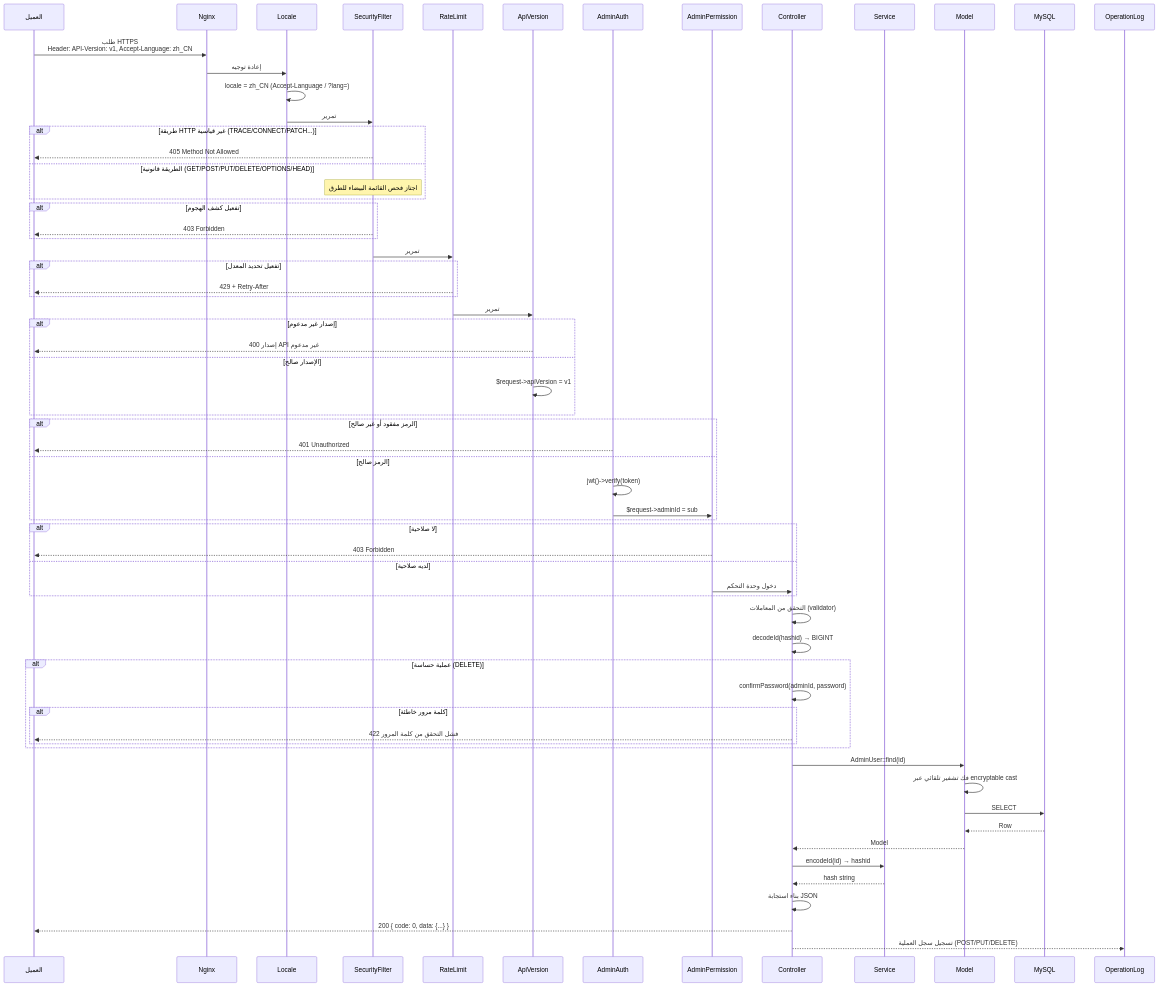
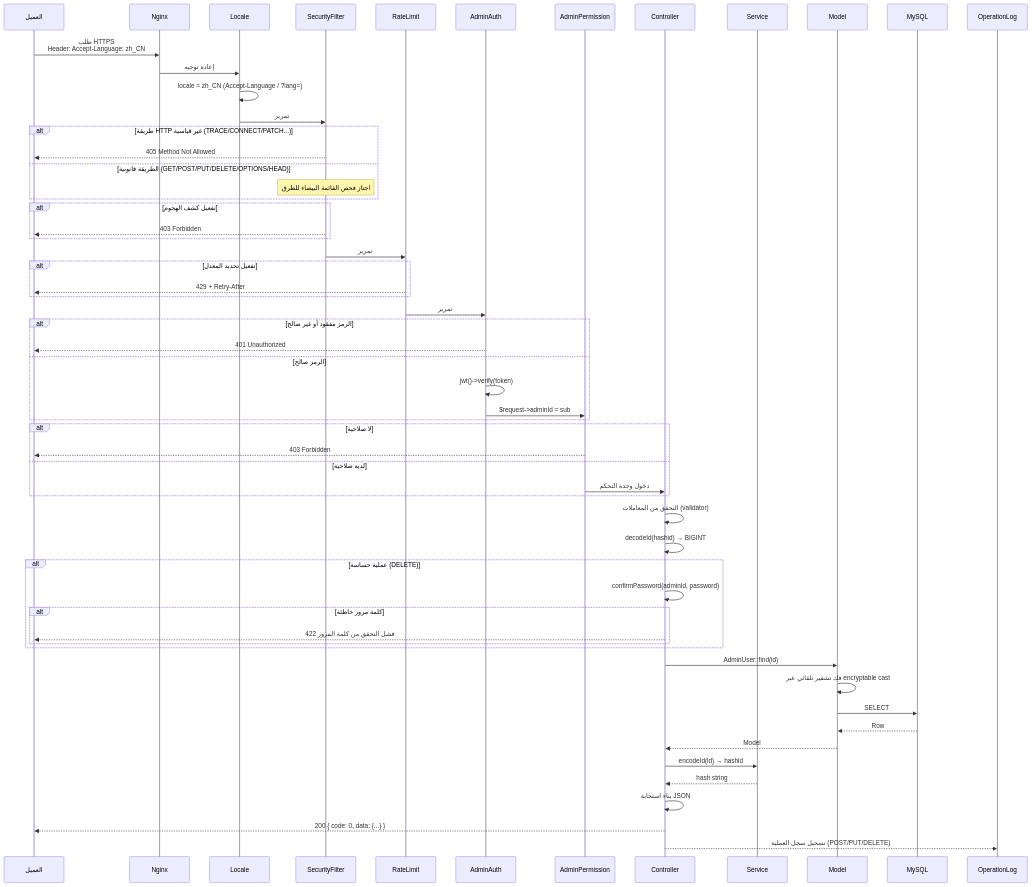
Before and after one commit to erikwang2013/integrated-global-logistics: the third of 14 diagrams in admin/docs/ARCHITECTURE.ar.md, drawn with Mermaid. The commit also changed other lines of this file and 147 other files, not shown here.

First line of the commit message:
feat(api): API 版本号移入 URL 路径（/api/v1），移除 API-Version 头机制

````diff
--- a/admin/docs/ARCHITECTURE.ar.md
+++ b/admin/docs/ARCHITECTURE.ar.md
@@ -147,82 +145,75 @@
 ```mermaid
 sequenceDiagram
     participant C as العميل
     participant N as Nginx
     participant MW_LOC as Locale
     participant MW_SF as SecurityFilter
     participant MW_RL as RateLimit
-    participant MW0 as ApiVersion
     participant MW1 as AdminAuth
     participant MW2 as AdminPermission
     participant CTL as Controller
     participant SVC as Service
     participant MDL as Model
     participant DB as MySQL
     participant OPLOG as OperationLog
 
-    C->>N: طلب HTTPS<br/>Header: API-Version: v1, Accept-Language: zh_CN
+    C->>N: طلب HTTPS<br/>Header: Accept-Language: zh_CN
     N->>MW_LOC: إعادة توجيه
 
     MW_LOC->>MW_LOC: locale = zh_CN (Accept-Language / ?lang=)
     MW_LOC->>MW_SF: تمرير
 
     alt طريقة HTTP غير قياسية (TRACE/CONNECT/PATCH...)
         MW_SF-->>C: 405 Method Not Allowed
     else الطريقة قانونية (GET/POST/PUT/DELETE/OPTIONS/HEAD)
         Note over MW_SF: اجتاز فحص القائمة البيضاء للطرق
     end
 
     alt تفعيل كشف الهجوم
         MW_SF-->>C: 403 Forbidden
     end
 
     MW_SF->>MW_RL: تمرير
 
     alt تفعيل تحديد المعدل
         MW_RL-->>C: 429 + Retry-After
     end
 
-    MW_RL->>MW0: تمرير
-
-    alt إصدار غير مدعوم
-        MW0-->>C: 400 إصدار API غير مدعوم
-    else الإصدار صالح
-        MW0->>MW0: $request->apiVersion = v1
-    end
+    MW_RL->>MW1: تمرير
 
     alt الرمز مفقود أو غير صالح
         MW1-->>C: 401 Unauthorized
     else الرمز صالح
         MW1->>MW1: jwt()->verify(token)
         MW1->>MW2: $request->adminId = sub
     end
 
     alt لا صلاحية
         MW2-->>C: 403 Forbidden
     else لديه صلاحية
         MW2->>CTL: دخول وحدة التحكم
     end
 
     CTL->>CTL: التحقق من المعاملات (validator)
     CTL->>CTL: decodeId(hashid) → BIGINT
 
     alt عملية حساسة (DELETE)
         CTL->>CTL: confirmPassword(adminId, password)
         alt كلمة مرور خاطئة
             CTL-->>C: 422 فشل التحقق من كلمة المرور
         end
     end
 
     CTL->>MDL: AdminUser::find(id)
     MDL->>MDL: فك تشفير تلقائي عبر encryptable cast
     MDL->>DB: SELECT
     DB-->>MDL: Row
     MDL-->>CTL: Model
 
     CTL->>SVC: encodeId(id) → hashid
     SVC-->>CTL: hash string
 
     CTL->>CTL: بناء استجابة JSON
     CTL-->>C: 200 { code: 0, data: {...} }
     CTL-->>OPLOG: تسجيل سجل العملية (POST/PUT/DELETE)
 ```
````
